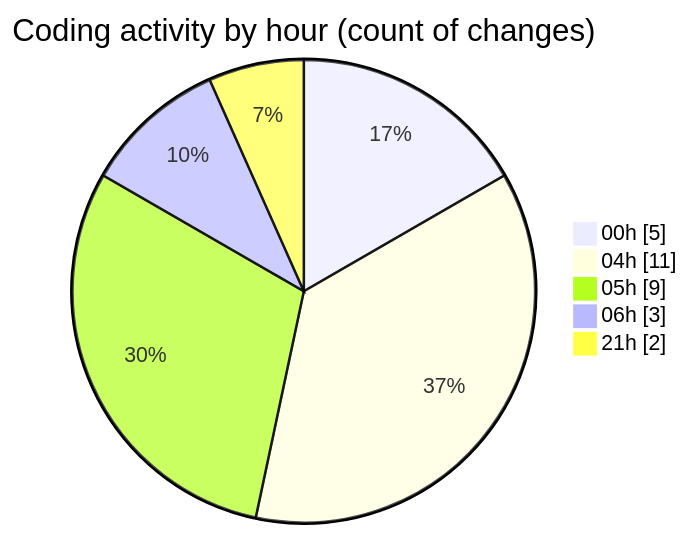
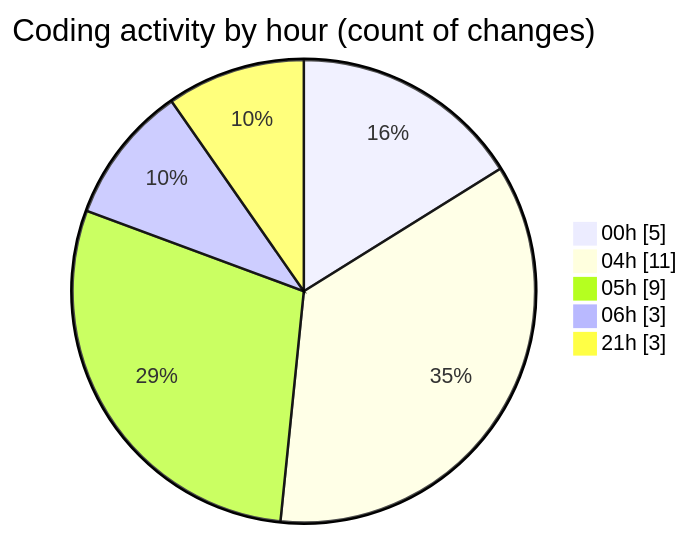
Before and after one commit to idhammustaqopulfikri/code-tracking: the second of 2 diagrams in 2025-03-28/autodidak/README.md, drawn with Mermaid. The commit also changed other lines of this file and 1 other file, not shown here.

````diff
--- a/2025-03-28/autodidak/README.md
+++ b/2025-03-28/autodidak/README.md
@@ -36,9 +36,9 @@
 ```mermaid
 pie showData
 title Coding activity by hour (count of changes)
 "00h" : 5
 "04h" : 11
 "05h" : 9
 "06h" : 3
-"21h" : 2
+"21h" : 3
 ```
````
